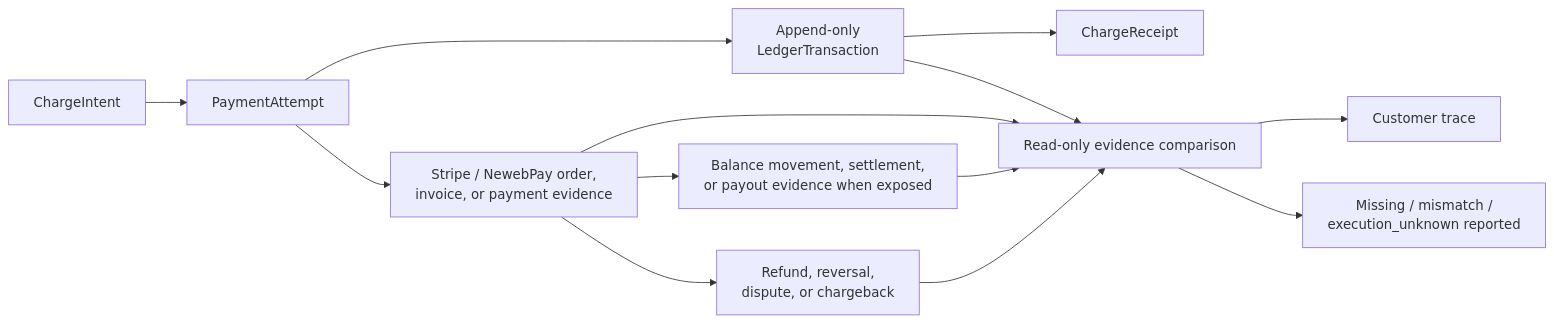
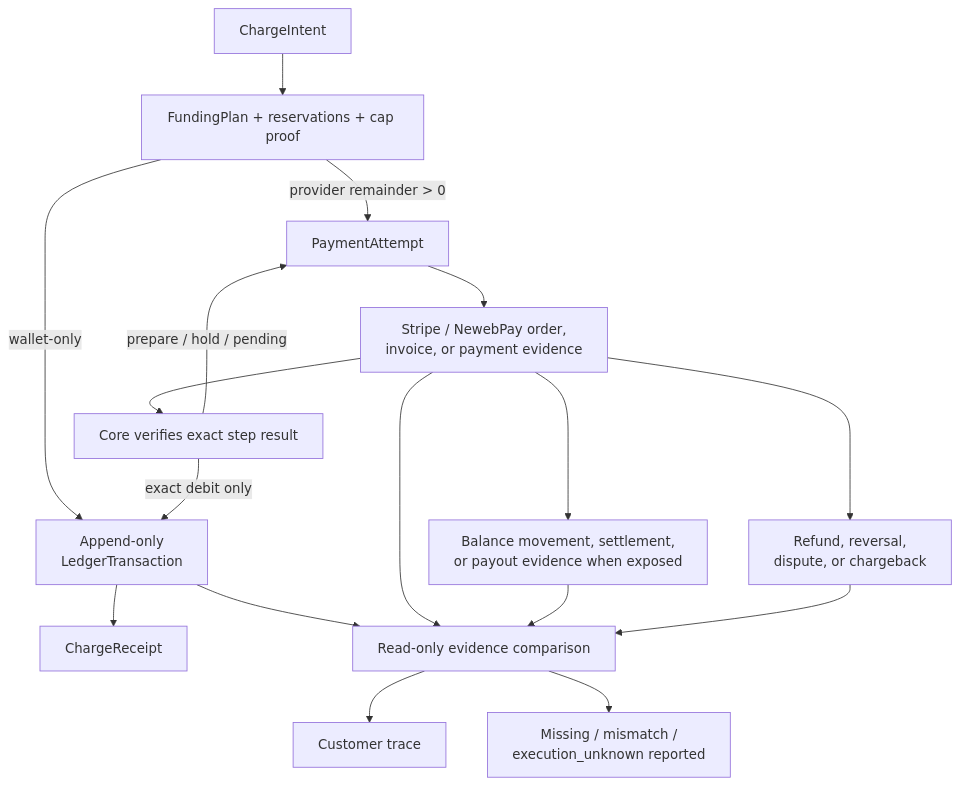
Diagram 17 of 17 in README.md (mirrorstack-ai/billing-engine), drawn with Mermaid before and after one commit. The commit also changed other lines of this file and 8 other files, not shown here.

Commit message:
docs: harden intent-only billing architecture

````diff
--- a/README.md
+++ b/README.md
@@ -550,25 +1189,30 @@
 ```mermaid
 %%{init: {"flowchart": {"wrappingWidth": 280}}}%%
-flowchart LR
+flowchart TD
     Intent["ChargeIntent"]
+    Funding["FundingPlan + reservations + cap proof"]
     Attempt["PaymentAttempt"]
     Ledger["Append-only<br/>LedgerTransaction"]
     Receipt["ChargeReceipt"]
     Provider["Stripe / NewebPay order,<br/>invoice, or payment evidence"]
+    Verify["Core verifies exact step result"]
     Settlement["Balance movement, settlement,<br/>or payout evidence when exposed"]
     Effects["Refund, reversal,<br/>dispute, or chargeback"]
     Compare["Read-only evidence comparison"]
     View["Customer trace"]
     Mismatch["Missing / mismatch /<br/>execution_unknown reported"]
 
-    Intent --> Attempt --> Ledger --> Receipt
-    Attempt --> Provider
+    Intent --> Funding
+    Funding -->|wallet-only| Ledger --> Receipt
+    Funding -->|provider remainder > 0| Attempt --> Provider --> Verify
+    Verify -->|exact debit only| Ledger
+    Verify -->|prepare / hold / pending| Attempt
     Provider --> Settlement
     Provider --> Effects
     Ledger --> Compare
     Provider --> Compare
     Settlement --> Compare
     Effects --> Compare
     Compare --> View
     Compare --> Mismatch
 ```
````
